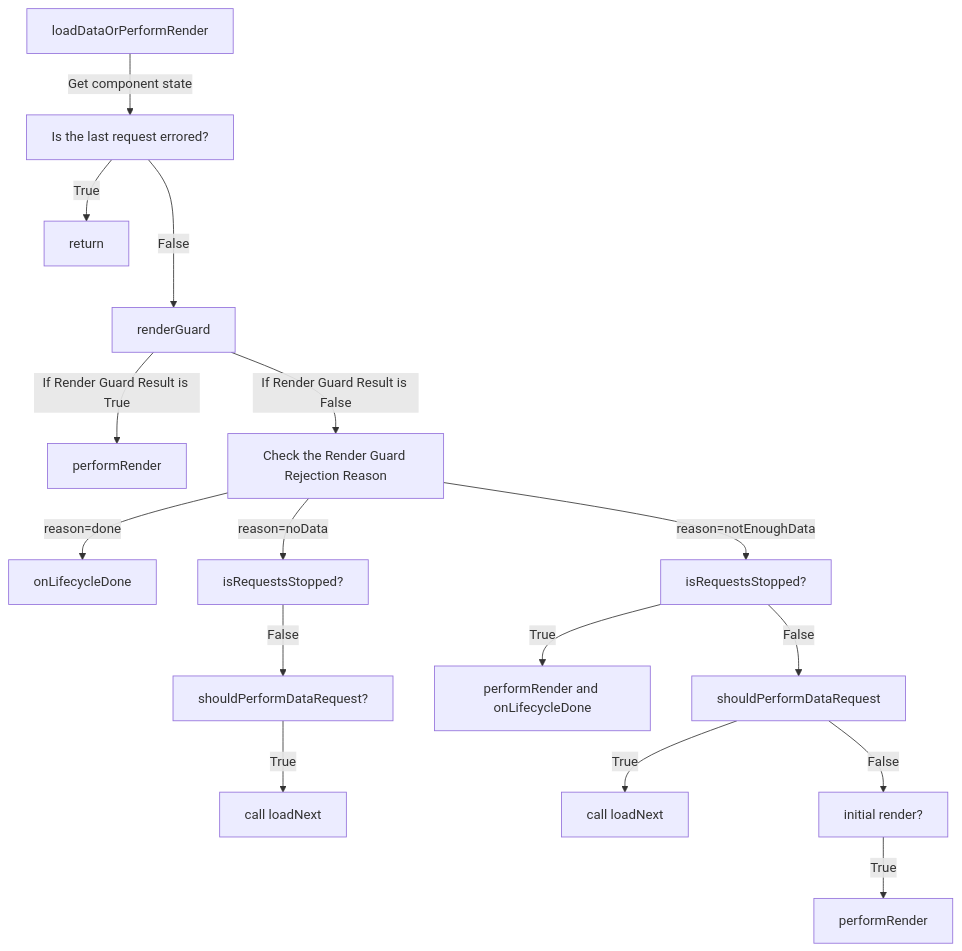
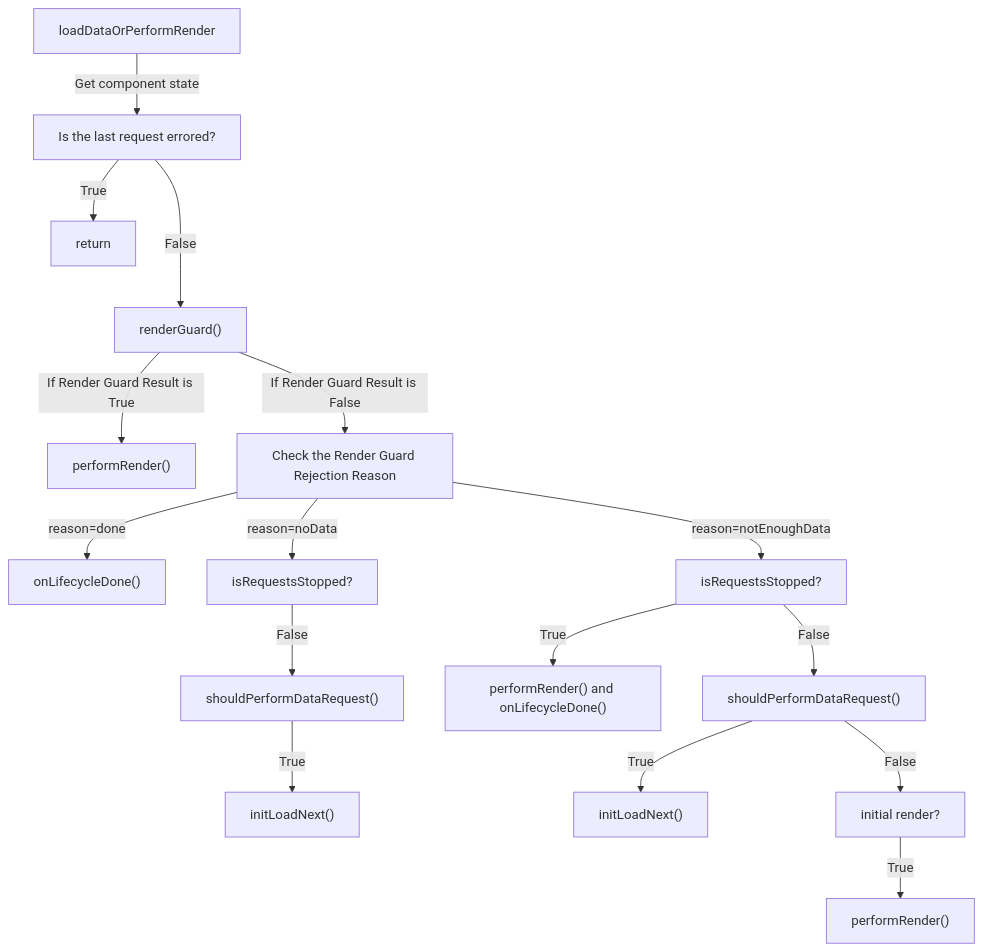
The second of 2 diagrams in src/components/base/b-virtual-scroll/README.md (V4Fire/Client), drawn with Mermaid before and after one commit.

````diff
--- a/src/components/base/b-virtual-scroll/README.md
+++ b/src/components/base/b-virtual-scroll/README.md
@@ -436,18 +436,18 @@
 ```mermaid
 graph TB
     A[loadDataOrPerformRender] -->|Get component state| B[Is the last request errored?]
     B -- True --> X[return]
-    B -- False ---> C[renderGuard]
-    C -- If Render Guard Result is True --> D[performRender]
+    B -- False ---> C["renderGuard()"]
+    C -- If Render Guard Result is True --> D["performRender()"]
     C -- If Render Guard Result is False --> E[Check the Render Guard Rejection Reason]
-    E -- reason=done --> F[onLifecycleDone]
+    E -- reason=done --> F["onLifecycleDone()"]
     E -- reason=noData --> G[isRequestsStopped?]
-    G -- False --> H[shouldPerformDataRequest?]
-    H -- True --> I["call loadNext"]
+    G -- False --> H["shouldPerformDataRequest()"]
+    H -- True --> I["initLoadNext()"]
     E -- reason=notEnoughData --> J[isRequestsStopped?]
-    J -- True --> K[performRender and onLifecycleDone]
-    J -- False --> L[shouldPerformDataRequest]
-    L -- True --> M["call loadNext"]
+    J -- True --> K["performRender() and onLifecycleDone()"]
+    J -- False --> L["shouldPerformDataRequest()"]
+    L -- True --> M["initLoadNext()"]
     L -- False --> N[initial render?]
-    N -- True --> P[performRender]
+    N -- True --> P["performRender()"]
 ```
````
